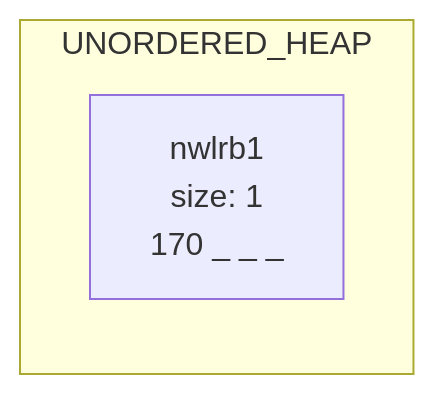
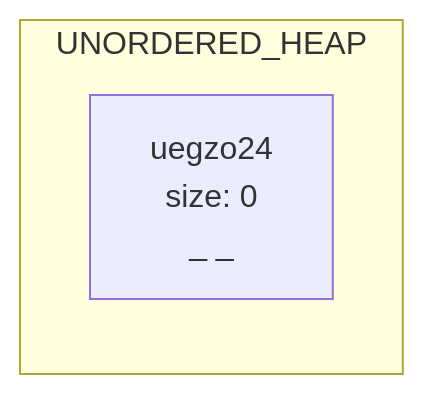
The second of 2 diagrams in data/chart.md (shiridikumar/phase1_dup), drawn with Mermaid before and after one commit. The commit also changed other lines of this file and 142 other files, not shown here.

````diff
--- a/data/chart.md
+++ b/data/chart.md
@@ -7,6 +7,6 @@
 ```mermaid
 graph LR
 subgraph UNORDERED_HEAP
-nwlrb1[nwlrb1<br/>size: 1<br/>170 _ _ _ ]
+uegzo24[uegzo24<br/>size: 0<br/>_ _ ]
 end
 ```
````
